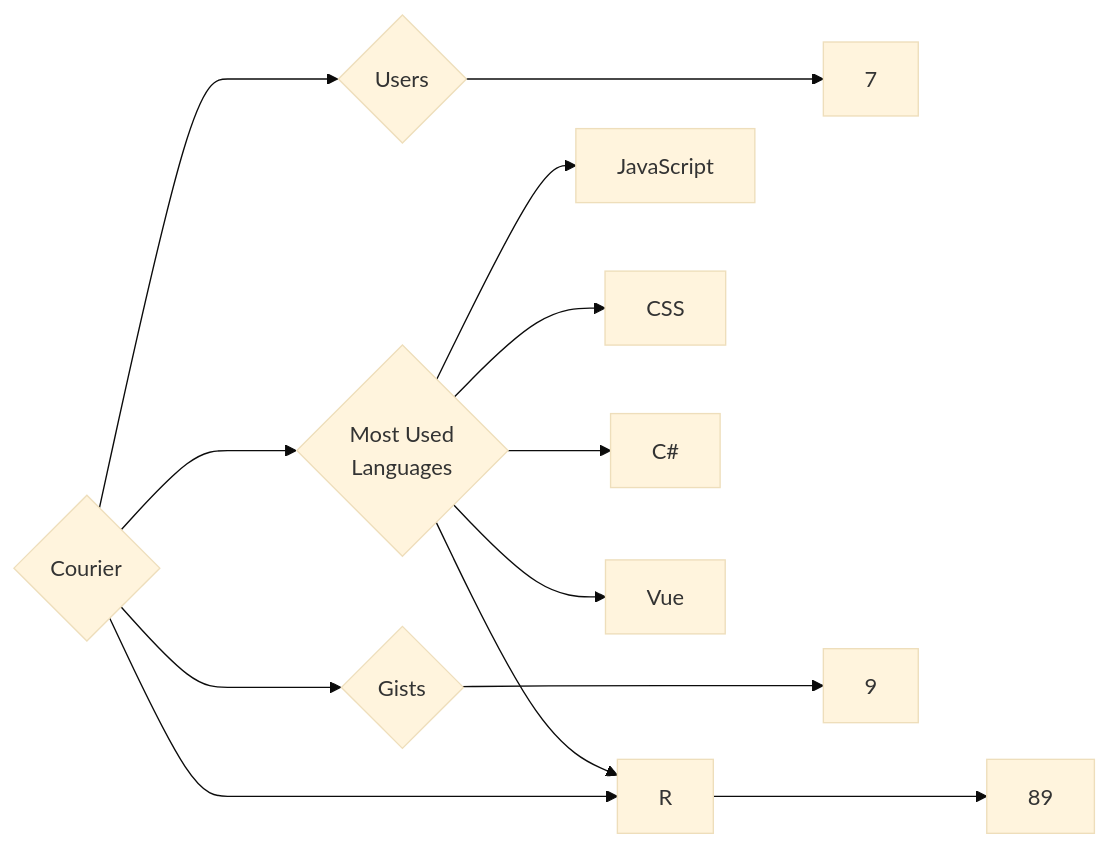
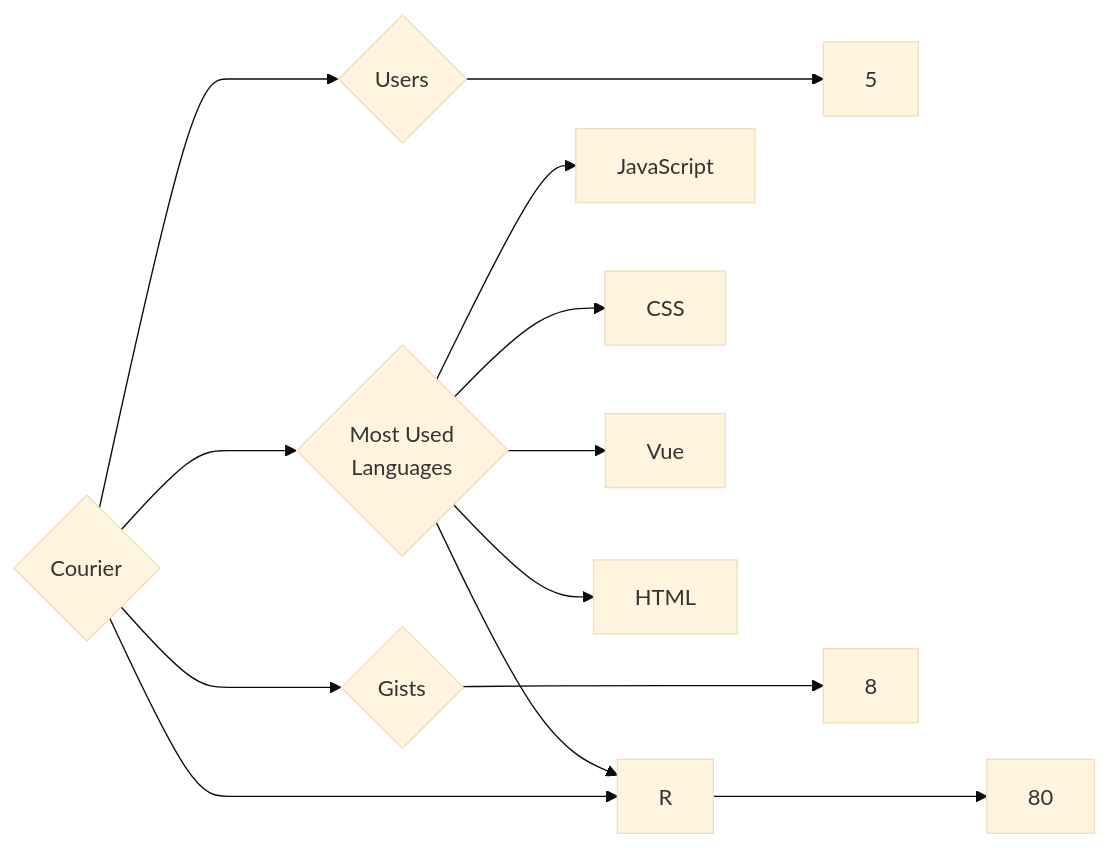
One commit to trickest/insiders changed the diagram in targets/Courier/README.md. Above: the diagram before and after it, drawn with Mermaid (base theme). The commit also changed 1007 other files, not shown here.

````diff
--- a/targets/Courier/README.md
+++ b/targets/Courier/README.md
@@ -3,13 +3,13 @@
 ```mermaid
 graph LR
 COMPANY_NAME{Courier}
-COMPANY_NAME ---> U{Users} ---> UN[7]
-COMPANY_NAME ---> R{Repositories} ---> RN[89]
-COMPANY_NAME ---> G{Gists} ---> GN[9]
+COMPANY_NAME ---> U{Users} ---> UN[5]
+COMPANY_NAME ---> R{Repositories} ---> RN[80]
+COMPANY_NAME ---> G{Gists} ---> GN[8]
 COMPANY_NAME ---> ML{Most Used<br>Languages}
 ML --> JavaScript[JavaScript]
 ML --> CSS[CSS]
 ML --> R[R]
-ML --> C#[C#]
 ML --> Vue[Vue]
+ML --> HTML[HTML]
 ```
````
